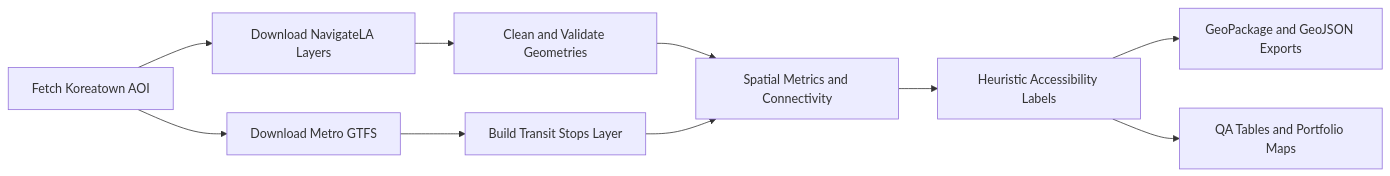
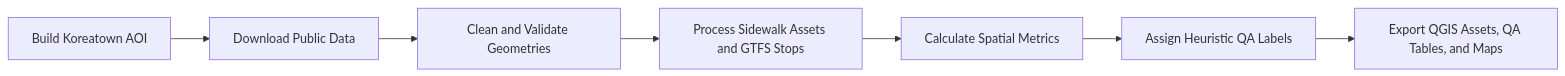
The diagram in README.md (btafreshian/koreatown-sidewalk-accessibility), drawn with Mermaid before and after one commit. The commit also changed other lines of this file and 86 other files, not shown here.

````diff
--- a/README.md
+++ b/README.md
@@ -26,12 +26,9 @@
 ```mermaid
 flowchart LR
-    A[Fetch Koreatown AOI] --> B[Download NavigateLA Layers]
-    A --> C[Download Metro GTFS]
-    B --> D[Clean and Validate Geometries]
-    C --> E[Build Transit Stops Layer]
-    D --> F[Spatial Metrics and Connectivity]
-    E --> F
-    F --> G[Heuristic Accessibility Labels]
-    G --> H[GeoPackage and GeoJSON Exports]
-    G --> I[QA Tables and Portfolio Maps]
+    A[Build Koreatown AOI] --> B[Download Public Data]
+    B --> C[Clean and Validate Geometries]
+    C --> D[Process Sidewalk Assets and GTFS Stops]
+    D --> E[Calculate Spatial Metrics]
+    E --> F[Assign Heuristic QA Labels]
+    F --> G[Export QGIS Assets, QA Tables, and Maps]
 ```
````
